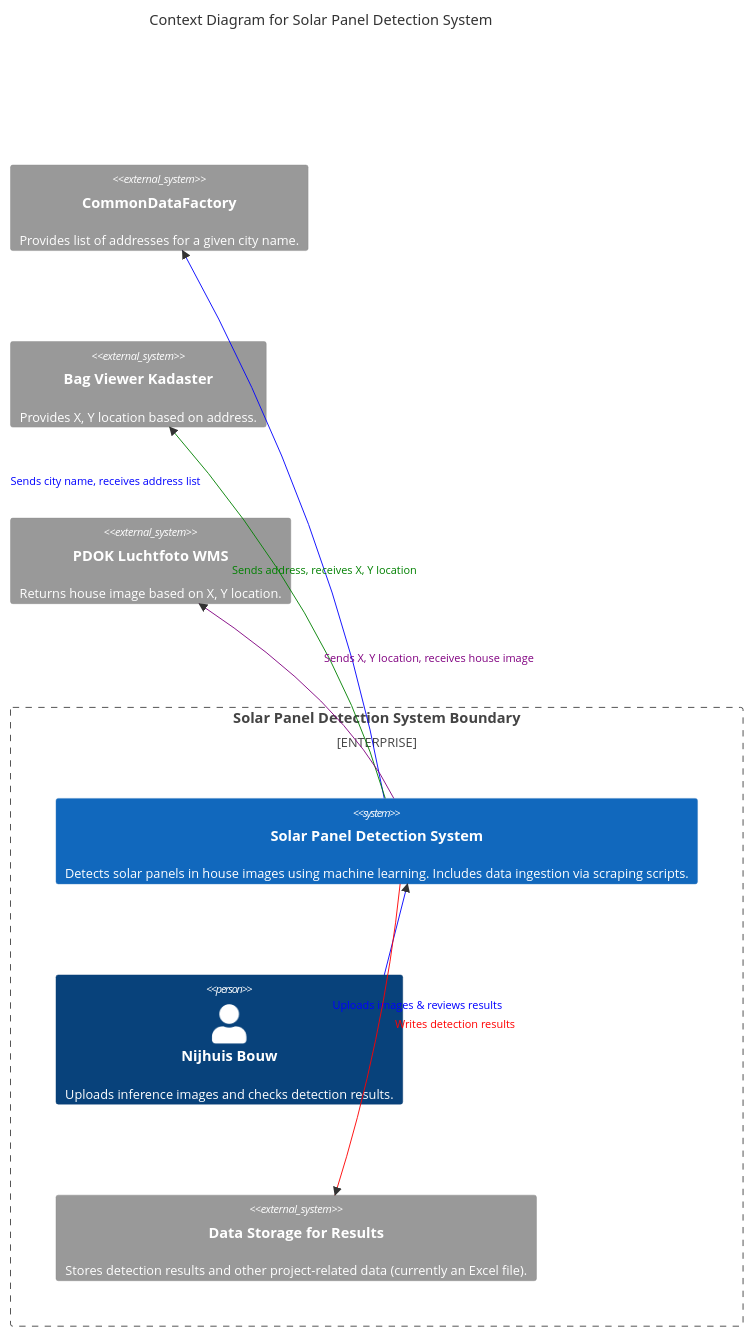
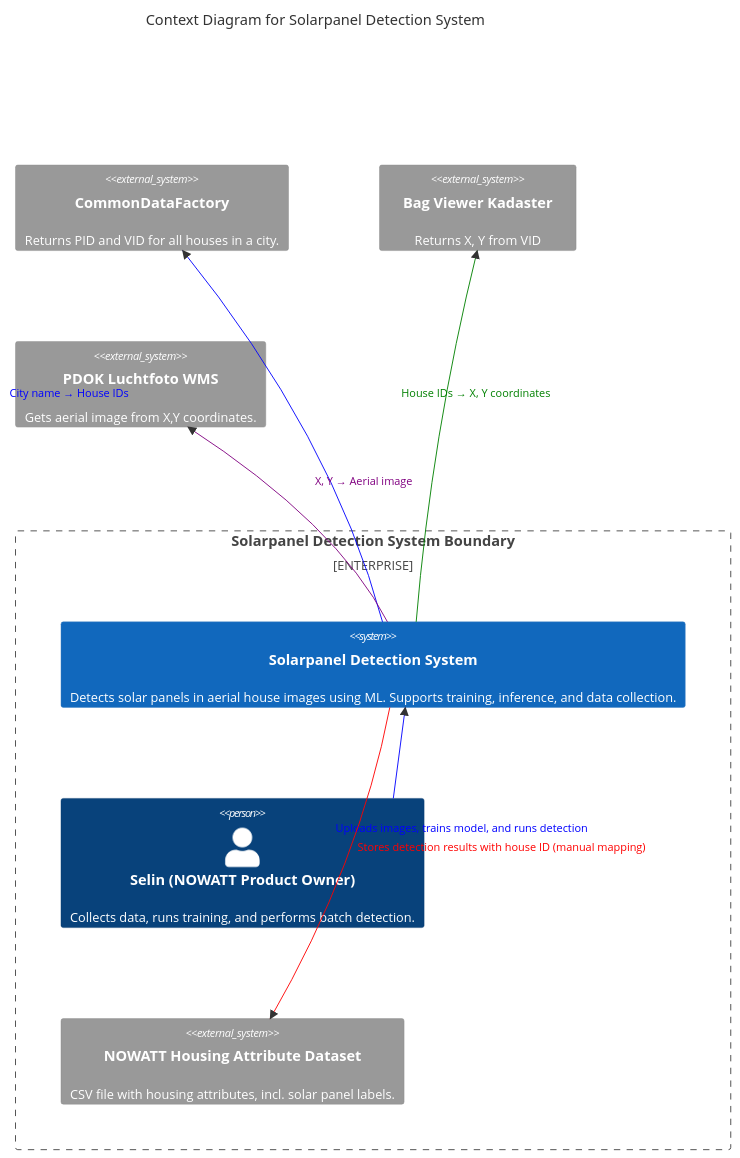
One commit to DelvinBa/solarpanel-detection-system changed the diagram in docs/technical_functional_design/architecture_diagrams/c4_context_solarsystem.mmd. Above: the diagram before and after it, drawn with Mermaid. The commit also changed 7 other files, not shown here.

```diff
--- a/docs/technical_functional_design/architecture_diagrams/c4_context_solarsystem.mmd
+++ b/docs/technical_functional_design/architecture_diagrams/c4_context_solarsystem.mmd
@@ -1,34 +1,30 @@
 C4Context
-title Context Diagram for Solar Panel Detection System
+title Context Diagram for Solarpanel Detection System
 
-Enterprise_Boundary(b1, "Solar Panel Detection System Boundary") {
+Enterprise_Boundary(b1, "Solarpanel Detection System Boundary") {
 
-    
-    System(spds, "Solar Panel Detection System", "Detects solar panels in house images using machine learning. Includes data ingestion via scraping scripts.")
-    Person(client, "Nijhuis Bouw", "Uploads inference images and checks detection results.")
-    System_Ext(data_storage, "Data Storage for Results", "Stores detection results and other project-related data (currently an Excel file).")
+    System(spds, "Solarpanel Detection System", "Detects solar panels in aerial house images using ML. Supports training, inference, and data collection.")
+    Person(selin, "Selin (NOWATT Product Owner)", "Collects data, runs training, and performs batch detection.")
+    System_Ext(housing_data, "NOWATT Housing Attribute Dataset", "CSV file with housing attributes, incl. solar panel labels.")
 
 }
 
-System_Ext(commondata, "CommonDataFactory", "Provides list of addresses for a given city name.")
-System_Ext(kadaster, "Bag Viewer Kadaster", "Provides X, Y location based on address.")
-System_Ext(pdok, "PDOK Luchtfoto WMS", "Returns house image based on X, Y location.")
+System_Ext(commondata, "CommonDataFactory", "Returns PID and VID for all houses in a city.")
+System_Ext(kadaster, "Bag Viewer Kadaster", "Returns X, Y from VID")
+System_Ext(pdok, "PDOK Luchtfoto WMS", "Gets aerial image from X,Y coordinates.")
 
-Rel(client, spds, "Uploads images & reviews results")
+Rel(selin, spds, "Uploads images, trains model, and runs detection")
+Rel(spds, commondata, "City name → House IDs")
+Rel(spds, kadaster, "House IDs → X, Y coordinates")
+Rel(spds, pdok, "X, Y → Aerial image")
 
-
-Rel(spds, commondata, "Sends city name, receives address list")
-Rel(spds, kadaster, "Sends address, receives X, Y location")
-Rel(spds, pdok, "Sends X, Y location, receives house image")
-
-Rel(spds, data_storage, "Writes detection results")
-
+Rel(spds, housing_data, "Stores detection results with house ID (manual mapping)")
 
 UpdateLayoutConfig($c4ShapeInRow="3", $c4BoundaryInRow="1")
 
-UpdateRelStyle(client, spds, $textColor="blue", $lineColor="blue", $offsetY="80", $offsetX="-70")
+UpdateRelStyle(selin, spds, $textColor="blue", $lineColor="blue", $offsetY="80", $offsetX="-70")
 
 UpdateRelStyle(spds, commondata, $textColor="blue", $lineColor="blue", $offsetX="-300", $offsetY="-50")
 UpdateRelStyle(spds, kadaster, $textColor="green", $lineColor="green", $offsetX="-50", $offsetY="-50")
 UpdateRelStyle(spds, pdok, $textColor="purple", $lineColor="purple", $offsetX="30", $offsetY="-50")
-UpdateRelStyle(spds, data_storage, $textColor="red", $lineColor="red", $offsetY="-20", $offsetX="30")
+UpdateRelStyle(spds, housing_data, $textColor="red", $lineColor="red", $offsetY="-20", $offsetX="30")
```
